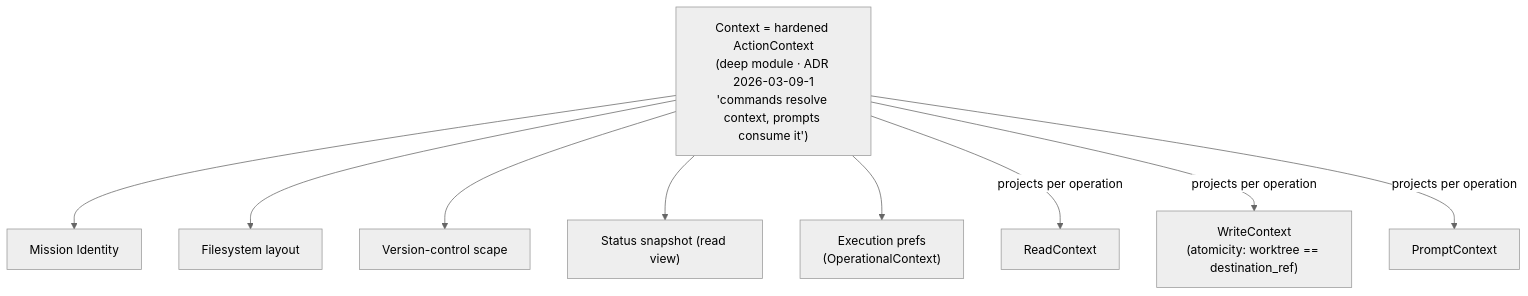
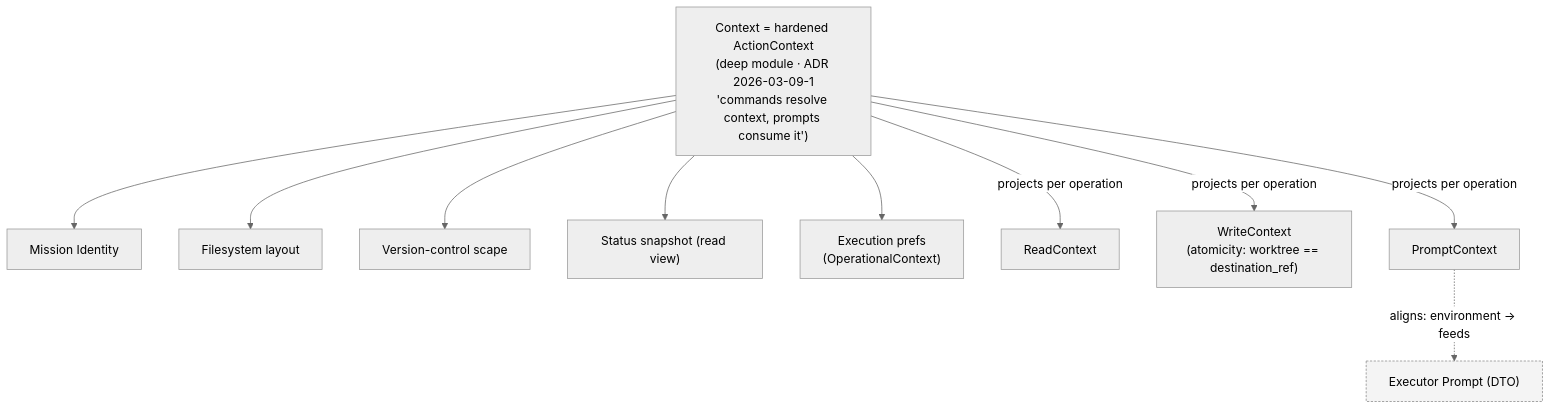
The sixth of 8 diagrams in docs/engineering_notes/runtime_and_state_overhaul/14-model-diagrams.md (Priivacy-ai/spec-kitty), drawn with Mermaid (neutral theme) before and after one commit. The commit also changed other lines of this file, not shown here.

First line of the commit message:
docs(architecture): propagate execution spine into 2b/2c/2e diagrams (#1619)

````diff
--- a/docs/engineering_notes/runtime_and_state_overhaul/14-model-diagrams.md
+++ b/docs/engineering_notes/runtime_and_state_overhaul/14-model-diagrams.md
@@ -217,10 +252,13 @@
 ```mermaid
 graph TD
   AC["Context = hardened ActionContext<br/>(deep module · ADR 2026-03-09-1<br/>'commands resolve context, prompts consume it')"]
   ID["Mission Identity"]; FS["Filesystem layout"]; VC["Version-control scape"]; ST["Status snapshot (read view)"]; PRf["Execution prefs<br/>(OperationalContext)"]
   RC["ReadContext"]; WC["WriteContext<br/>(atomicity: worktree == destination_ref)"]; PC["PromptContext"]
+  classDef ext fill:#f4f4f4,stroke:#888,stroke-dasharray:3 2;
+  PROMPT["Executor Prompt (DTO)"]:::ext
   AC --> ID & FS & VC & ST & PRf
   AC -->|"projects per operation"| RC
   AC -->|"projects per operation"| WC
   AC -->|"projects per operation"| PC
+  PC -.->|"aligns: environment → feeds"| PROMPT
 ```
````
